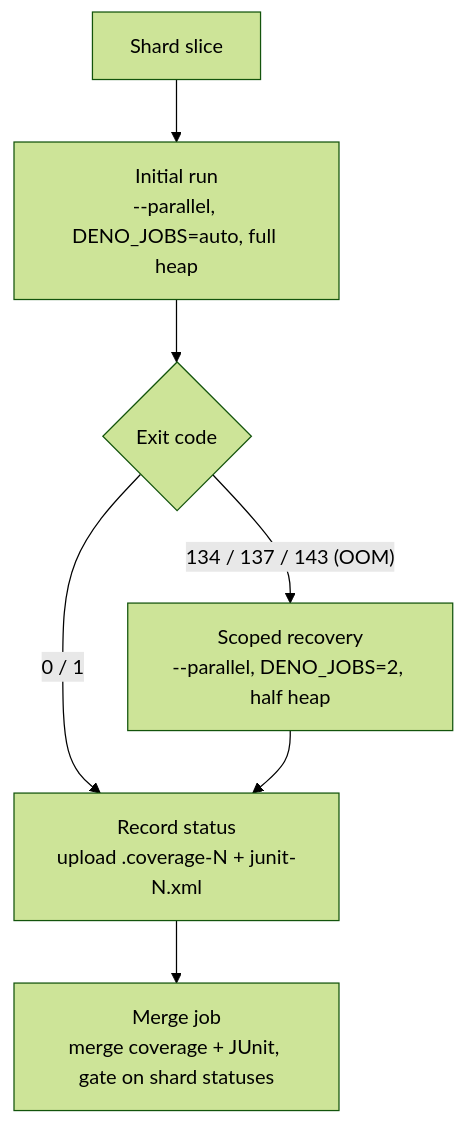
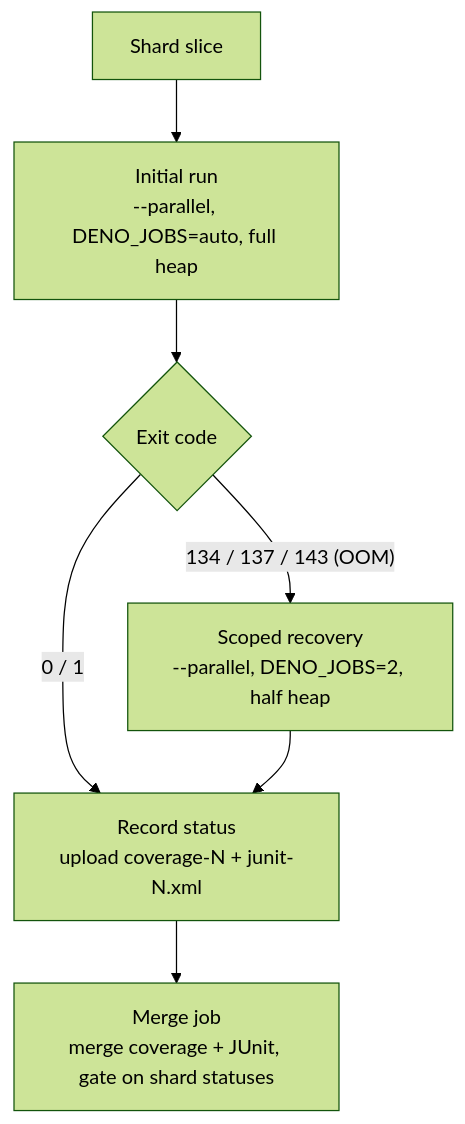
One commit to stSoftwareAU/NEAT-AI changed the second of 3 diagrams in docs/troubleshooting/CI.md. Above: the diagram before and after it, drawn with Mermaid (forest theme). The commit also changed other lines of this file and 6 other files, not shown here.

````diff
--- a/docs/troubleshooting/CI.md
+++ b/docs/troubleshooting/CI.md
@@ -87,9 +87,9 @@
 ```mermaid
 flowchart TD
     A[Shard slice] --> B["Initial run<br/>--parallel, DENO_JOBS=auto, full heap"]
     B --> C{Exit code}
-    C -->|"0 / 1"| E["Record status<br/>upload .coverage-N + junit-N.xml"]
+    C -->|"0 / 1"| E["Record status<br/>upload coverage-N + junit-N.xml"]
     C -->|"134 / 137 / 143 (OOM)"| D["Scoped recovery<br/>--parallel, DENO_JOBS=2, half heap"]
     D --> E
     E --> M["Merge job<br/>merge coverage + JUnit, gate on shard statuses"]
 ```
````
